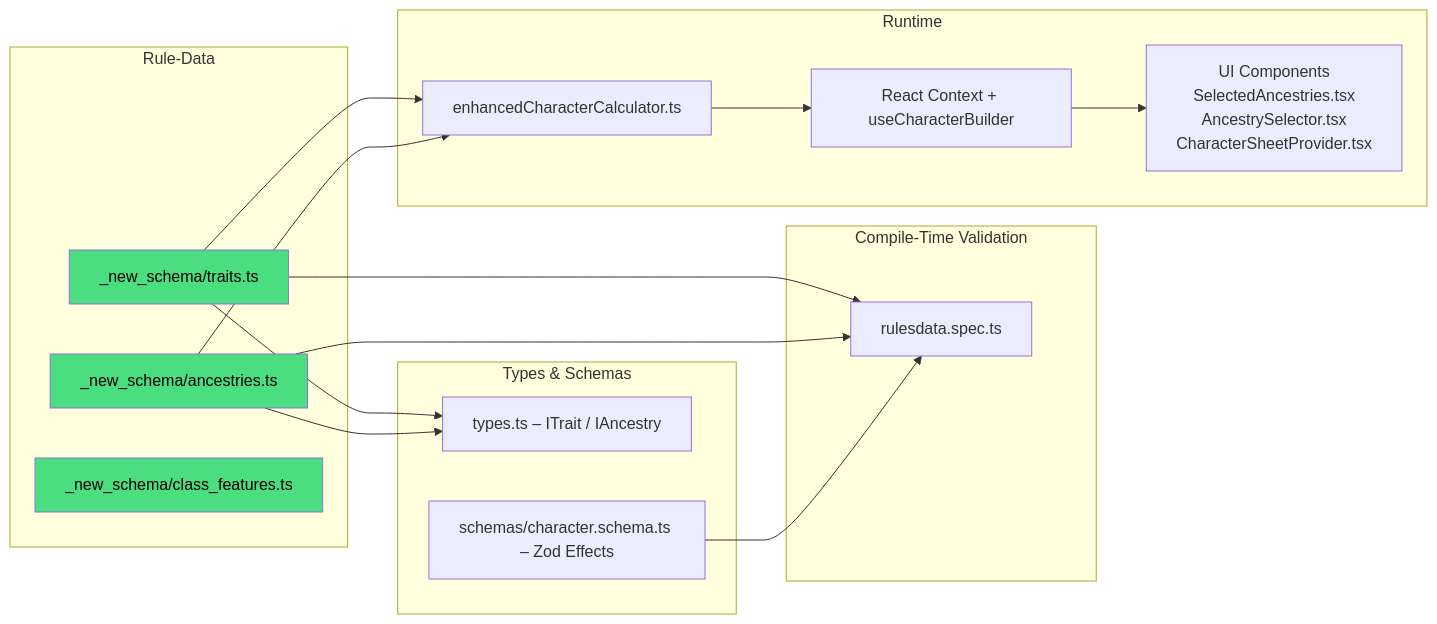
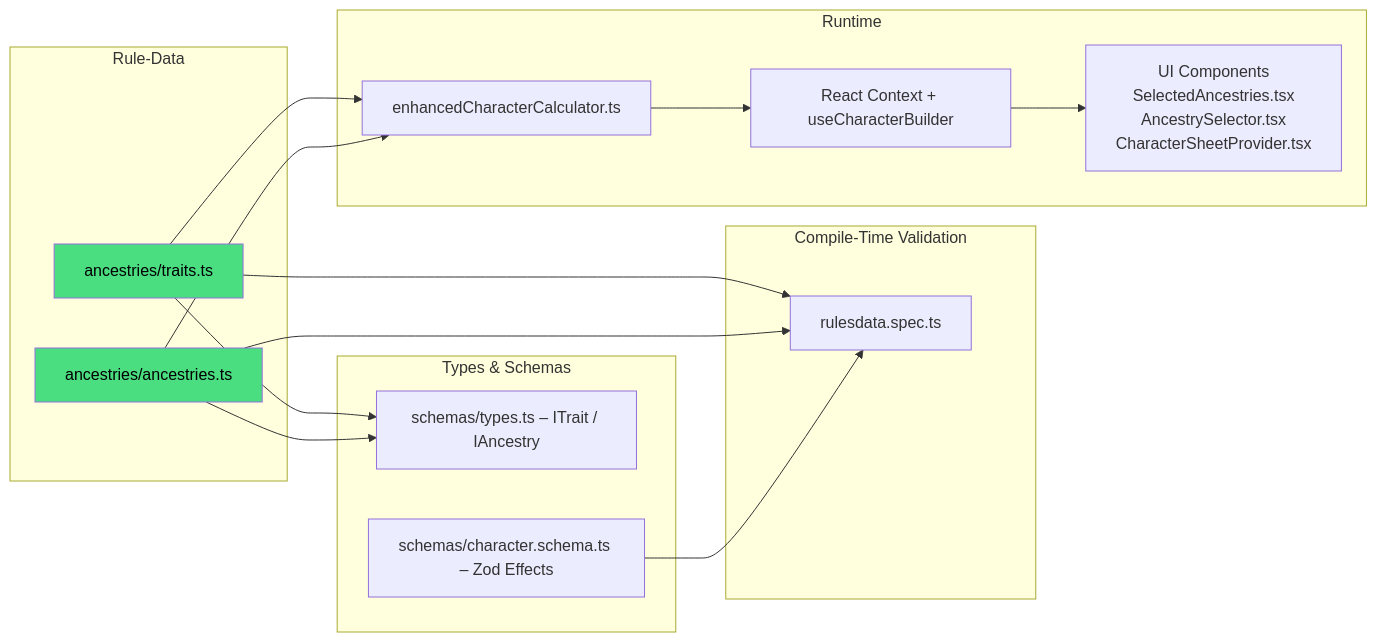
The diagram in docs/systems/ANCESTY_SYSTEM.MD (YasafVol/dc20clean), drawn with Mermaid before and after one commit. The commit also changed other lines of this file and 3 other files, not shown here.

````diff
--- a/docs/systems/ANCESTY_SYSTEM.MD
+++ b/docs/systems/ANCESTY_SYSTEM.MD
@@ -12,34 +12,32 @@
 ```mermaid
 flowchart LR
     subgraph Rule-Data
-        A1[_new_schema/traits.ts]
-        A2[_new_schema/ancestries.ts]
-        A3[_new_schema/class_features.ts]
+        A1[ancestries/traits.ts]
+        A2[ancestries/ancestries.ts]
         style A1 fill:#4ade80,color:#000
         style A2 fill:#4ade80,color:#000
-        style A3 fill:#4ade80,color:#000
     end
 
     subgraph Types & Schemas
-        B1[types.ts – ITrait / IAncestry]
+        B1[schemas/types.ts – ITrait / IAncestry]
         B2[schemas/character.schema.ts – Zod Effects]
     end
 
     A1 --> B1
     A2 --> B1
 
     subgraph Compile-Time Validation
         C1[rulesdata.spec.ts]
     end
     A1 --> C1
     A2 --> C1
     B2 --> C1
 
     subgraph Runtime
         D1[enhancedCharacterCalculator.ts]
         D2[React Context + useCharacterBuilder]
         D3[UI Components<br/>SelectedAncestries.tsx<br/>AncestrySelector.tsx<br/>CharacterSheetProvider.tsx]
     end
 
     A1 & A2 --> D1 --> D2 --> D3
 ```
````
